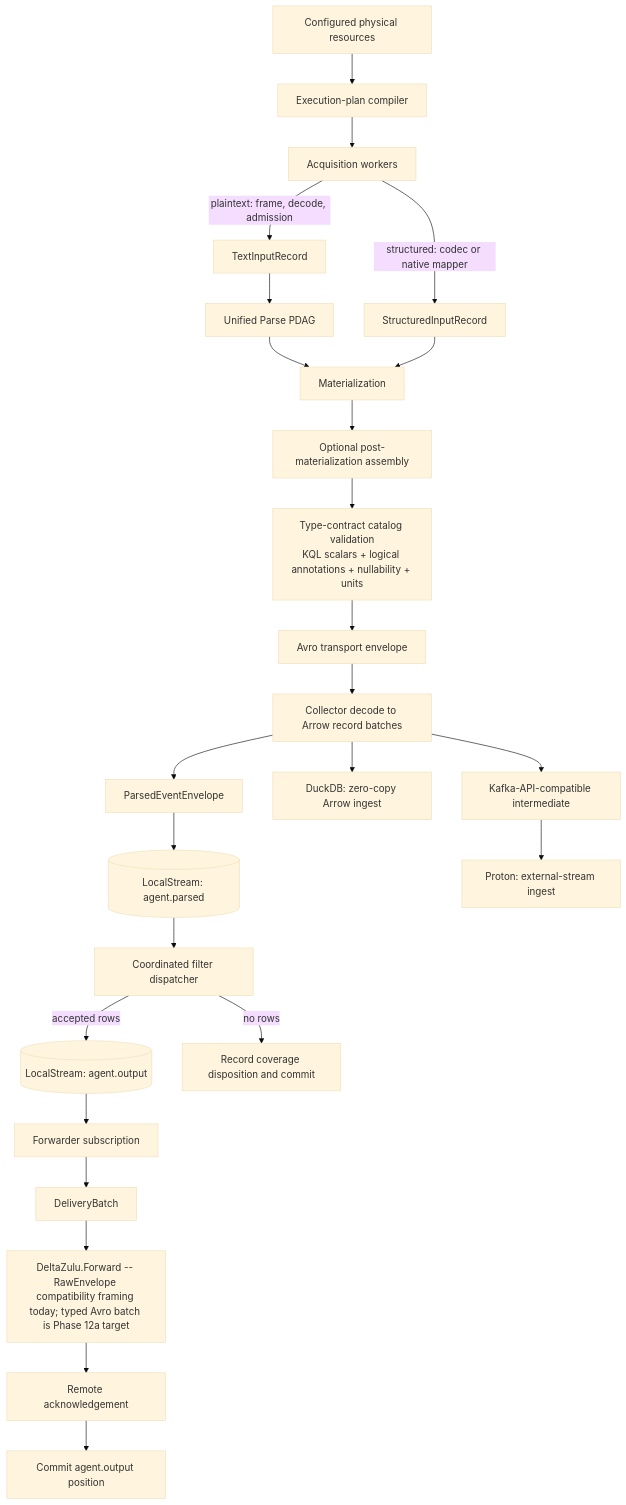
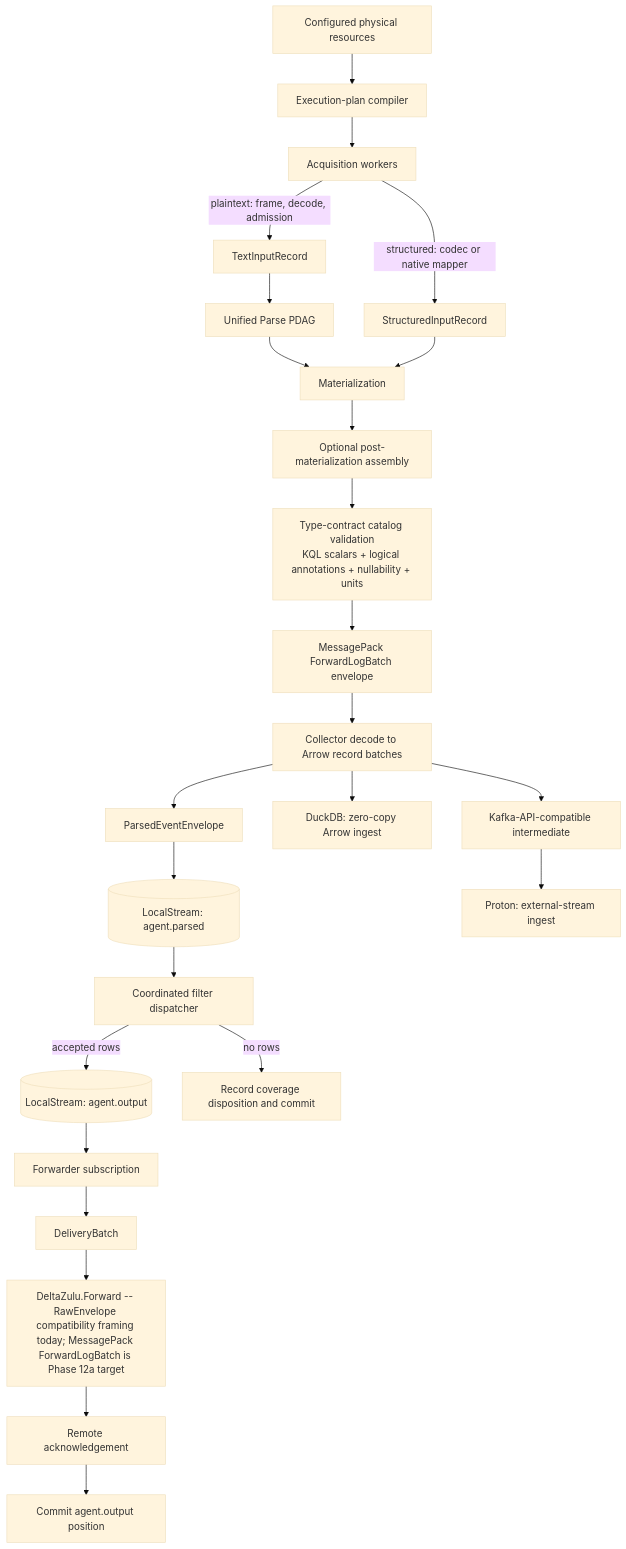
One commit to DeltaZulu-OU/DeltaZulu.Agent changed the diagram in docs/ARCHITECTURE.md. Above: the diagram before and after it, drawn with Mermaid (base theme). The commit also changed other lines of this file and 9 other files, not shown here.

First line of the commit message:
Supersede Avro with MessagePack as the agent-to-collector wire format

````diff
--- a/docs/ARCHITECTURE.md
+++ b/docs/ARCHITECTURE.md
@@ -49,28 +51,28 @@
 ```mermaid
 flowchart TD
     R[Configured physical resources] --> P[Execution-plan compiler]
     P --> A[Acquisition workers]
     A -->|plaintext: frame, decode, admission| T[TextInputRecord]
     A -->|structured: codec or native mapper| S[StructuredInputRecord]
     T --> N[Unified Parse PDAG]
     N --> M[Materialization]
     S --> M
     M --> AS[Optional post-materialization assembly]
     AS --> SC[Type-contract catalog validation
 KQL scalars + logical annotations + nullability + units]
-    SC --> AV[Avro transport envelope]
+    SC --> AV[MessagePack ForwardLogBatch envelope]
     AV --> AR[Collector decode to Arrow record batches]
     AR --> PE[ParsedEventEnvelope]
     PE --> PS[(LocalStream: agent.parsed)]
     PS --> FD[Coordinated filter dispatcher]
     FD -->|accepted rows| OS[(LocalStream: agent.output)]
     FD -->|no rows| D[Record coverage disposition and commit]
     OS --> RF[Forwarder subscription]
     RF --> B[DeliveryBatch]
-    B --> FWD[DeltaZulu.Forward -- RawEnvelope compatibility framing today; typed Avro batch is Phase 12a target]
+    B --> FWD[DeltaZulu.Forward -- RawEnvelope compatibility framing today; MessagePack ForwardLogBatch is Phase 12a target]
     FWD --> ACK[Remote acknowledgement]
     ACK --> C[Commit agent.output position]
     AR --> DDB[DuckDB: zero-copy Arrow ingest]
     AR --> KI[Kafka-API-compatible intermediate]
     KI --> PROTON[Proton: external-stream ingest]
 ```
````
